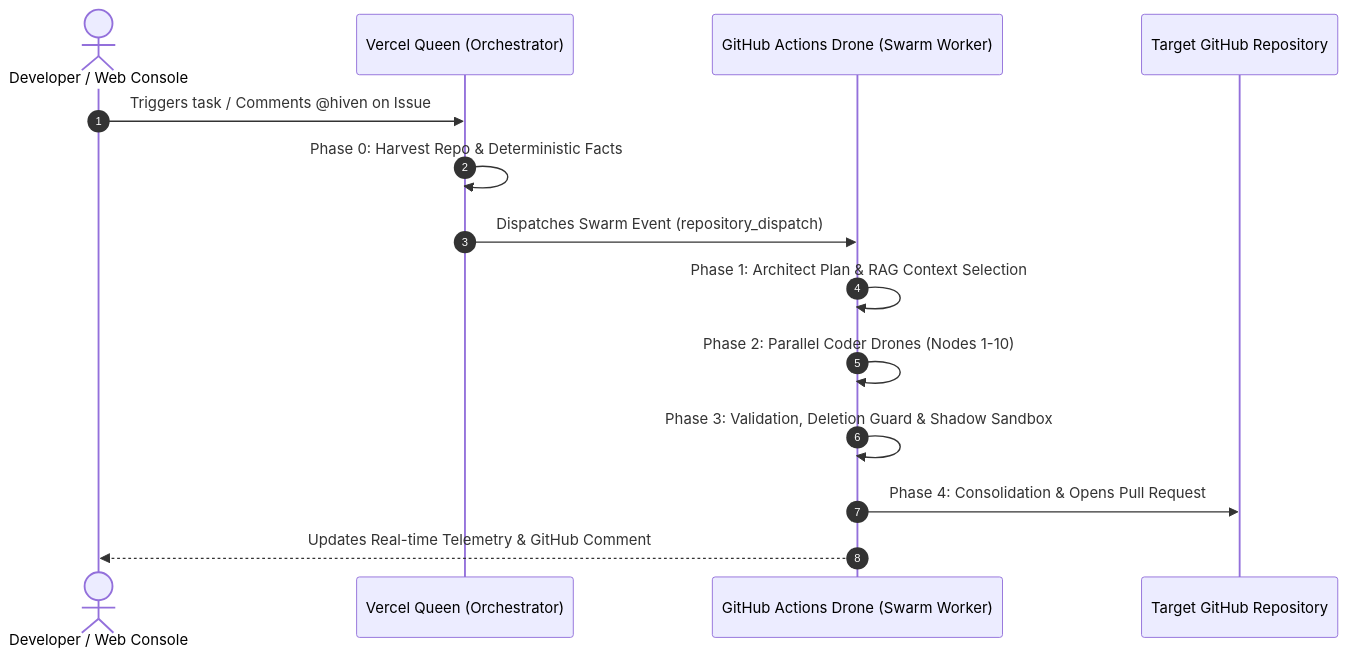
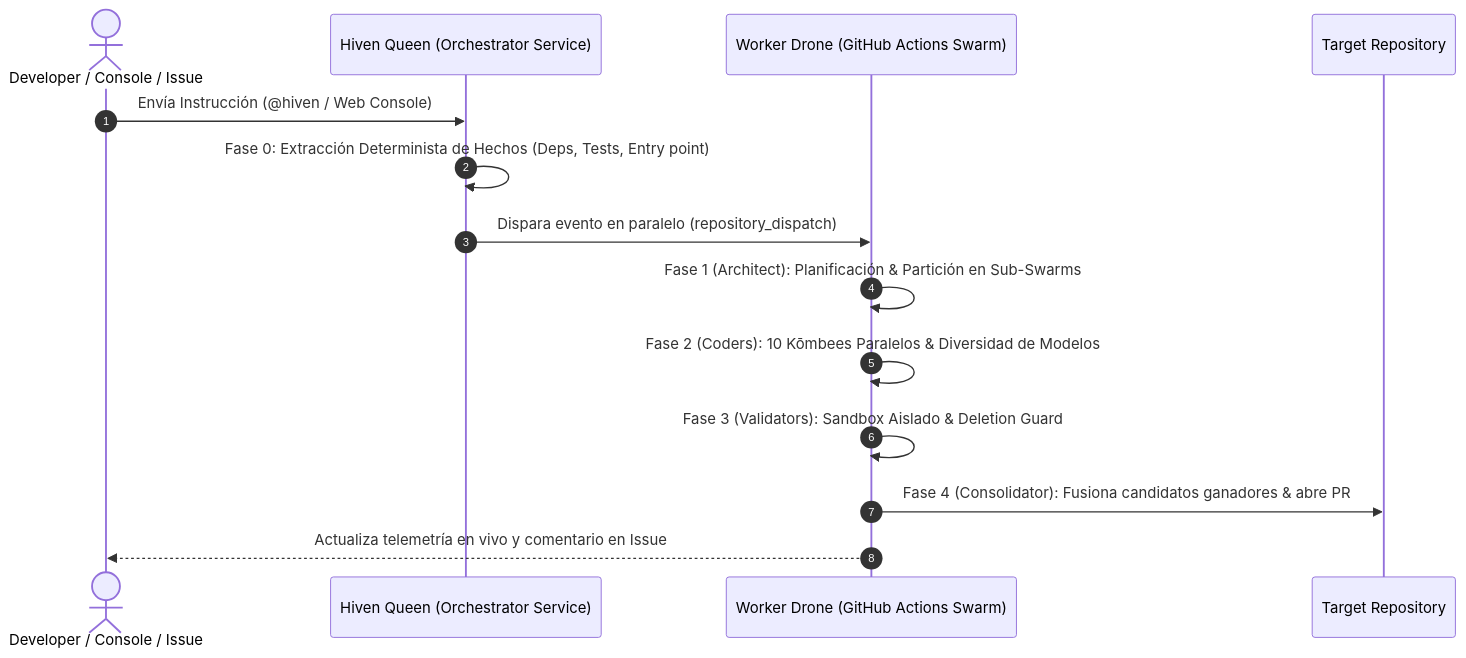
The diagram in README.md (amglogicalis/hiven-repo-public), drawn with Mermaid before and after one commit. The commit also changed other lines of this file, not shown here.

Commit message:
docs: remove private PR/benchmark data and enrich technical swarm architecture & multi-group partitioning breakdown

````diff
--- a/README.md
+++ b/README.md
@@ -168,17 +44,17 @@
 ```mermaid
 sequenceDiagram
     autonumber
-    actor User as Developer / Web Console
-    participant Queen as Vercel Queen (Orchestrator)
-    participant Worker as GitHub Actions Drone (Swarm Worker)
-    participant GH as Target GitHub Repository
+    actor User as Developer / Console / Issue
+    participant Queen as Hiven Queen (Orchestrator Service)
+    participant Worker as Worker Drone (GitHub Actions Swarm)
+    participant GH as Target Repository
 
-    User->>Queen: Triggers task / Comments @hiven on Issue
-    Queen->>Queen: Phase 0: Harvest Repo & Deterministic Facts
-    Queen->>Worker: Dispatches Swarm Event (repository_dispatch)
-    Worker->>Worker: Phase 1: Architect Plan & RAG Context Selection
-    Worker->>Worker: Phase 2: Parallel Coder Drones (Nodes 1-10)
-    Worker->>Worker: Phase 3: Validation, Deletion Guard & Shadow Sandbox
-    Worker->>GH: Phase 4: Consolidation & Opens Pull Request
-    Worker-->>User: Updates Real-time Telemetry & GitHub Comment
+    User->>Queen: Envía Instrucción (@hiven / Web Console)
+    Queen->>Queen: Fase 0: Extracción Determinista de Hechos (Deps, Tests, Entry point)
+    Queen->>Worker: Dispara evento en paralelo (repository_dispatch)
+    Worker->>Worker: Fase 1 (Architect): Planificación & Partición en Sub-Swarms
+    Worker->>Worker: Fase 2 (Coders): 10 Kōmbees Paralelos & Diversidad de Modelos
+    Worker->>Worker: Fase 3 (Validators): Sandbox Aislado & Deletion Guard
+    Worker->>GH: Fase 4 (Consolidator): Fusiona candidatos ganadores & abre PR
+    Worker-->>User: Actualiza telemetría en vivo y comentario en Issue
 ```
````
